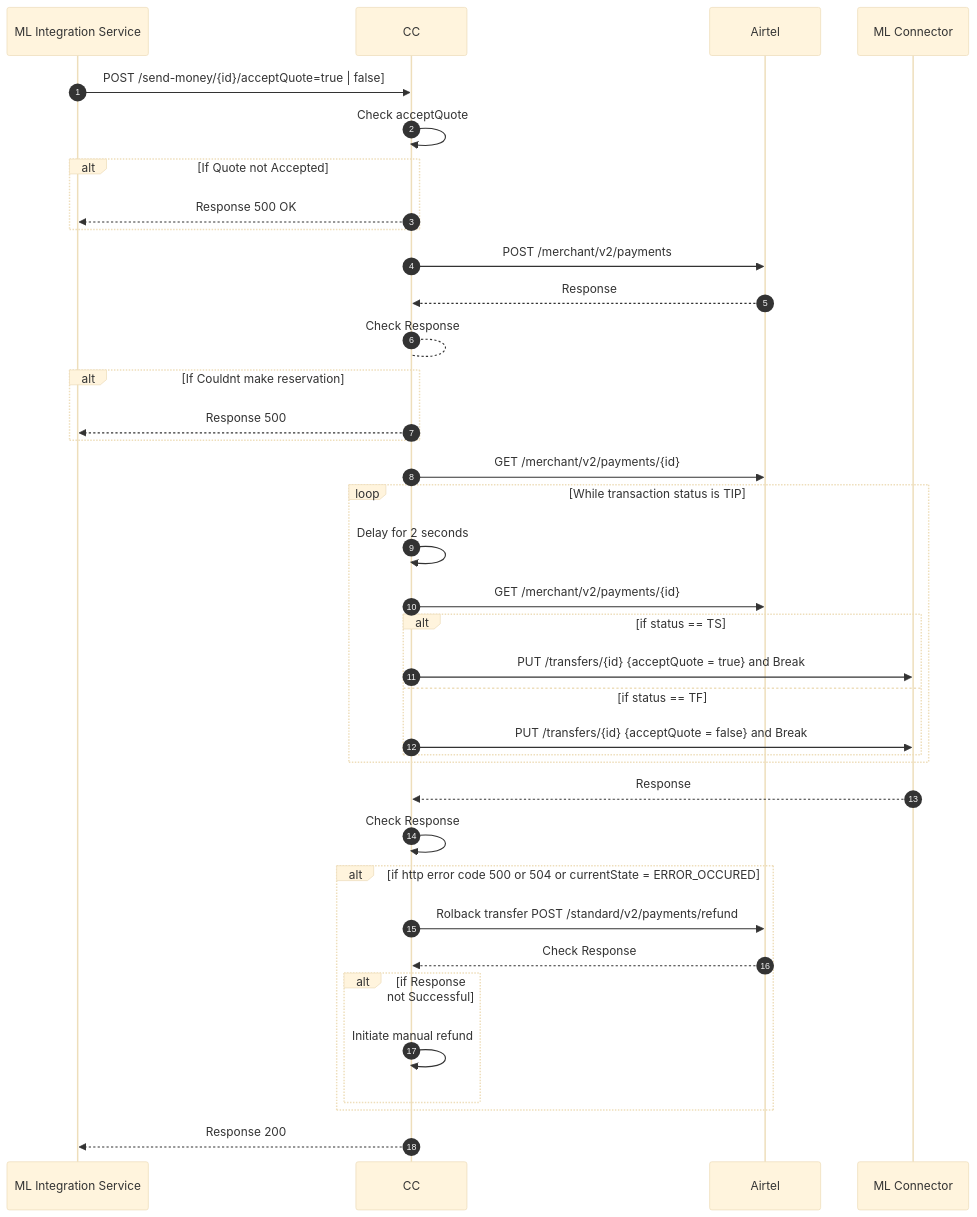
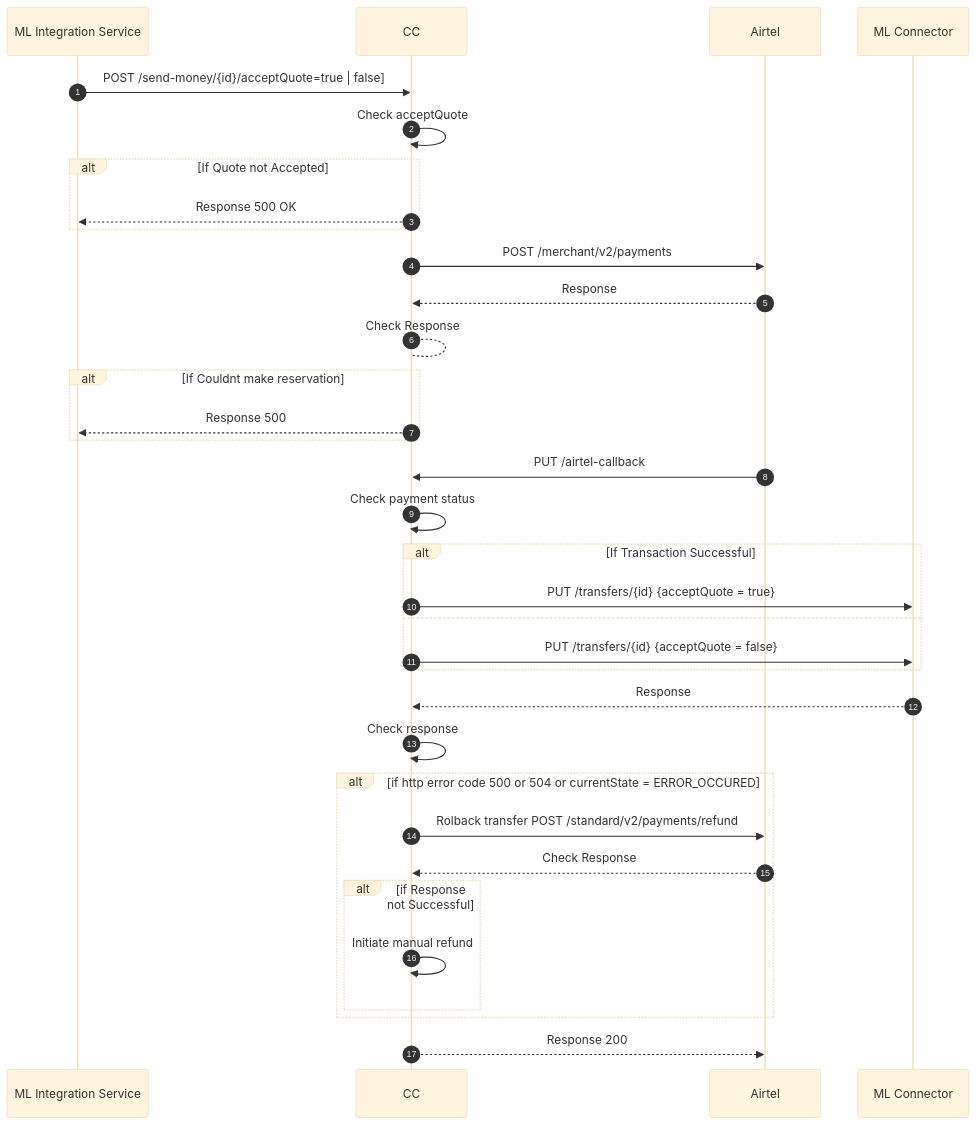
One commit to mojaloop/ml-reference-connectors changed the diagram in airtel-core-connector/docs/payer-update-send-money.md. Above: the diagram before and after it, drawn with Mermaid (base theme).

````diff
--- a/airtel-core-connector/docs/payer-update-send-money.md
+++ b/airtel-core-connector/docs/payer-update-send-money.md
@@ -1,35 +1,32 @@
 ```mermaid
 sequenceDiagram
   autoNumber
   ML Integration Service->>CC: POST /send-money/{id}/acceptQuote=true | false]
   CC->>CC: Check acceptQuote
   Alt If Quote not Accepted
   CC-->>ML Integration Service: Response 500 OK
   End
   CC->>Airtel:POST /merchant/v2/payments
   Airtel-->>CC:Response
   CC-->CC: Check Response
   Alt If Couldnt make reservation
   CC-->>ML Integration Service: Response 500
   End
-  CC->>Airtel: GET  /merchant/v2/payments/{id}
-  Loop While transaction status is TIP
-  CC->>CC: Delay for 2 seconds
-  CC->>Airtel: GET  /merchant/v2/payments/{id}
-  Alt if status == TS
-  CC->>ML Connector:PUT  /transfers/{id} {acceptQuote = true} and Break
-  else if status == TF
-  CC->>ML Connector:PUT  /transfers/{id} {acceptQuote = false} and Break
+  Airtel->>CC: PUT /airtel-callback
+  CC->>CC: Check payment status 
+  Alt If Transaction Successful
+  CC->>ML Connector:PUT  /transfers/{id} {acceptQuote = true}
+  Else
+  CC->>ML Connector:PUT  /transfers/{id} {acceptQuote = false}
   End
-  End
-  ML Connector -->> CC: Response
-  CC->>CC: Check Response
+  ML Connector-->>CC: Response
+  CC->>CC: Check response
   Alt if http error code 500 or 504 or currentState = ERROR_OCCURED
   CC->>Airtel : Rolback transfer POST /standard/v2/payments/refund
   Airtel-->>CC:Check Response
   Alt if Response not Successful
   CC->>CC: Initiate manual refund
   End
   End
-  CC-->>ML Integration Service: Response 200
+  CC-->> Airtel: Response 200
 ```
````
